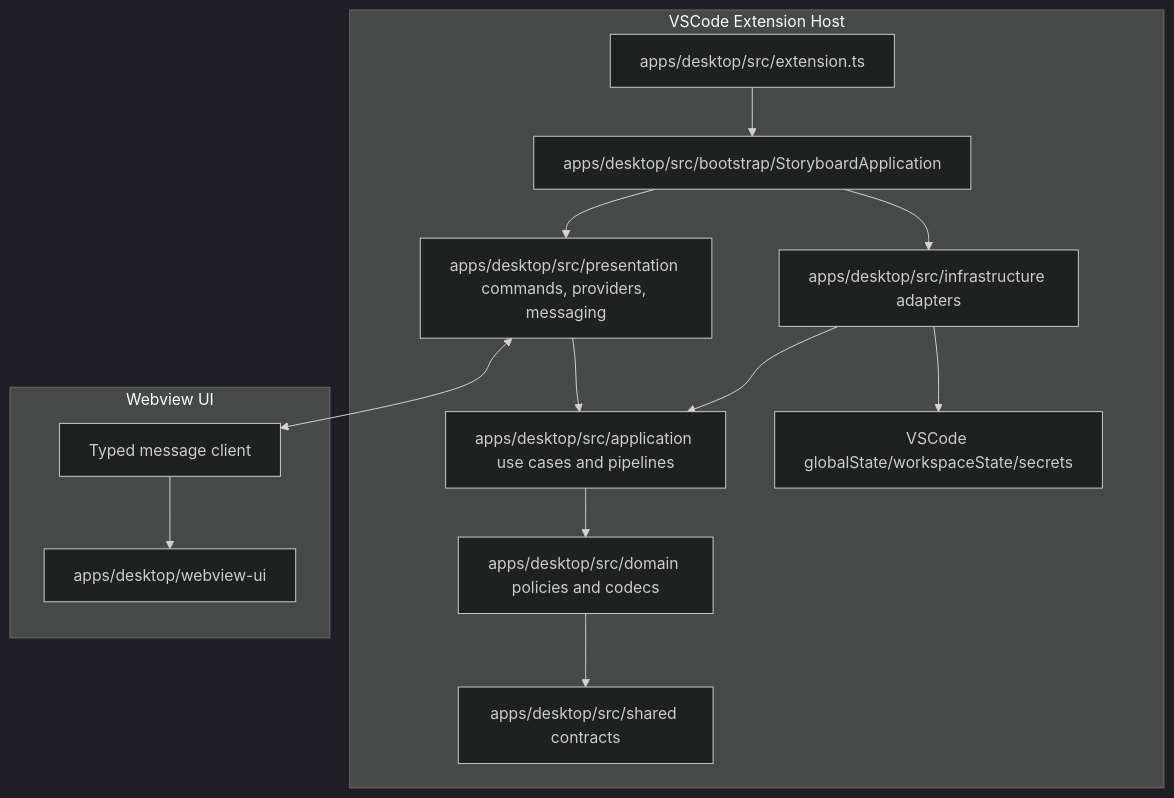
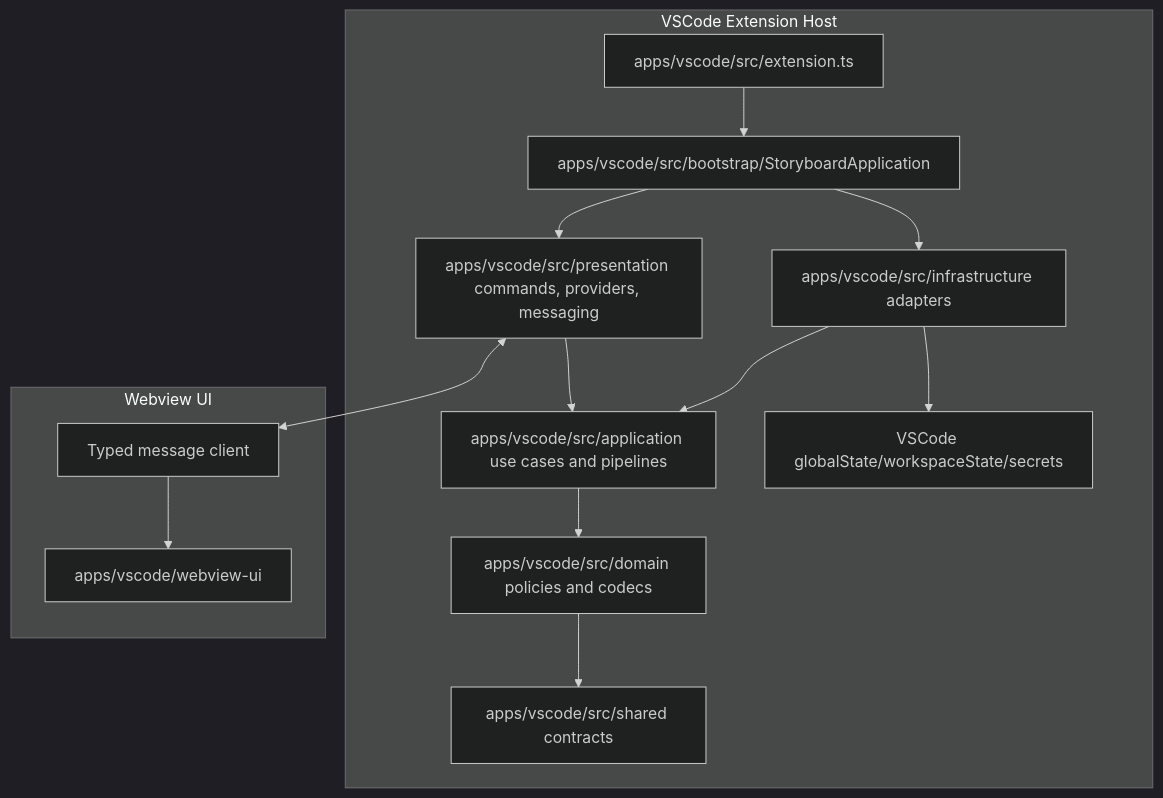
The diagram in .claude/rules/storyboard-overview.md (maroomir/storyboard), drawn with Mermaid (dark theme) before and after one commit. The commit also changed other lines of this file and 386 other files, not shown here.

First line of the commit message:
refactor(vscode): Rename apps/desktop to apps/vscode

````diff
--- a/.claude/rules/storyboard-overview.md
+++ b/.claude/rules/storyboard-overview.md
@@ -33,29 +33,29 @@
 ```mermaid
 graph TB
     subgraph VSCode[VSCode Extension Host]
-        ExtensionEntry[apps/desktop/src/extension.ts]
-        Bootstrap[apps/desktop/src/bootstrap/StoryboardApplication]
-        Presentation[apps/desktop/src/presentation commands, providers, messaging]
-        Application[apps/desktop/src/application use cases and pipelines]
-        Infrastructure[apps/desktop/src/infrastructure adapters]
-        Domain[apps/desktop/src/domain policies and codecs]
-        Shared[apps/desktop/src/shared contracts]
+        ExtensionEntry[apps/vscode/src/extension.ts]
+        Bootstrap[apps/vscode/src/bootstrap/StoryboardApplication]
+        Presentation[apps/vscode/src/presentation commands, providers, messaging]
+        Application[apps/vscode/src/application use cases and pipelines]
+        Infrastructure[apps/vscode/src/infrastructure adapters]
+        Domain[apps/vscode/src/domain policies and codecs]
+        Shared[apps/vscode/src/shared contracts]
         State[VSCode globalState/workspaceState/secrets]
     end
 
     subgraph Webview[Webview UI]
-        App[apps/desktop/webview-ui]
+        App[apps/vscode/webview-ui]
         MessageClient[Typed message client]
     end
 
     ExtensionEntry --> Bootstrap
     Bootstrap --> Presentation
     Bootstrap --> Infrastructure
     Presentation --> Application
     Infrastructure --> Application
     Application --> Domain
     Domain --> Shared
     Infrastructure --> State
     Presentation <--> MessageClient
     MessageClient --> App
 ```
````
